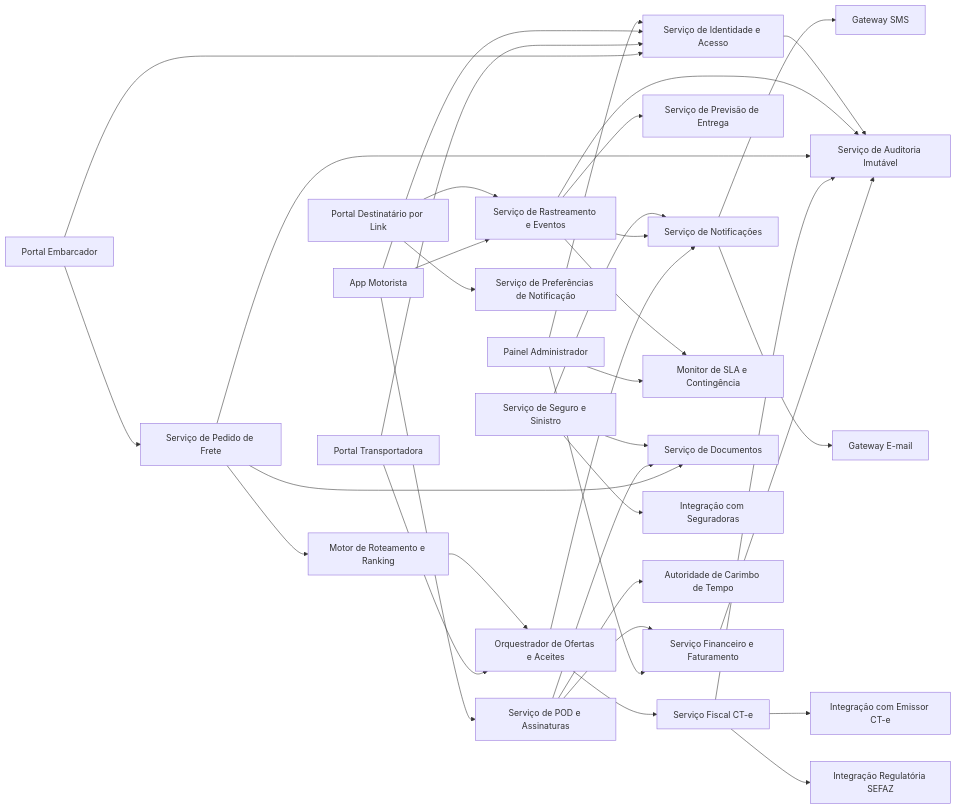
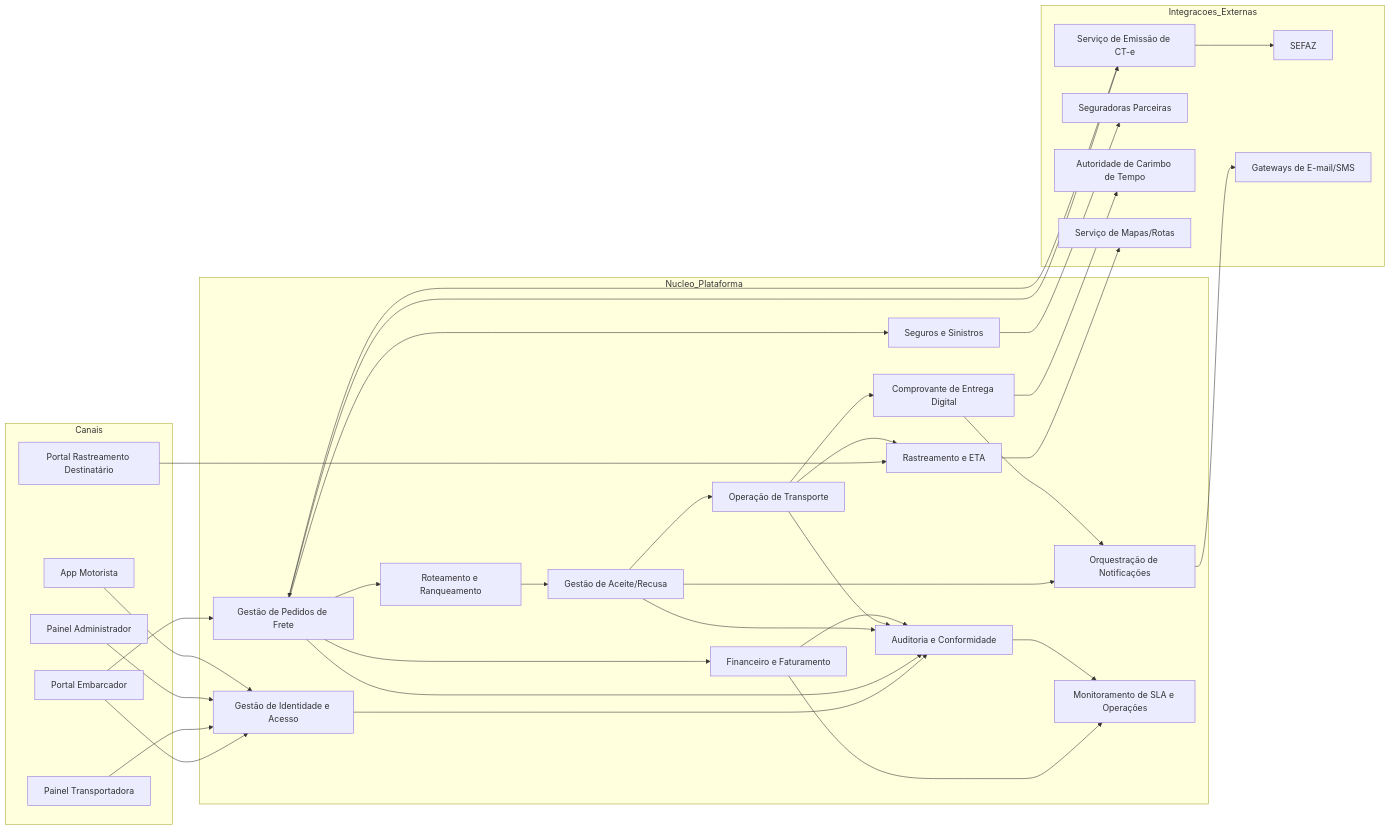
One commit to PDC-ESIA/AI4ES changed the first of 2 diagrams in docs/Time_2_Design/analise-qualitativa/outputs/relatorio_gpt_5_3_codex_G04.md. Above: the diagram before and after it, drawn with Mermaid. The commit also changed other lines of this file and 93 other files, not shown here.

````diff
--- a/docs/Time_2_Design/analise-qualitativa/outputs/relatorio_gpt_5_3_codex_G04.md
+++ b/docs/Time_2_Design/analise-qualitativa/outputs/relatorio_gpt_5_3_codex_G04.md
@@ -43,74 +28,67 @@
 ```mermaid
 flowchart LR
-    U1[Portal Embarcador]
-    U2[Portal Transportadora]
-    U3[App Motorista]
-    U4[Portal Destinatário por Link]
-    U5[Painel Administrador]
+    subgraph Canais
+        WEBE[Portal Embarcador]
+        WEBT[Painel Transportadora]
+        WEBA[Painel Administrador]
+        APPM[App Motorista]
+        LINKD[Portal Rastreamento Destinatário]
+    end
 
-    IAM[Serviço de Identidade e Acesso]
-    AUD[Serviço de Auditoria Imutável]
-    FRETE[Serviço de Pedido de Frete]
-    ROTEIRO[Motor de Roteamento e Ranking]
-    ACEITE[Orquestrador de Ofertas e Aceites]
-    FISCAL[Serviço Fiscal CT-e]
-    TRACK[Serviço de Rastreamento e Eventos]
-    ETA[Serviço de Previsão de Entrega]
-    POD[Serviço de POD e Assinaturas]
-    SEG[Serviço de Seguro e Sinistro]
-    FIN[Serviço Financeiro e Faturamento]
-    NOTIF[Serviço de Notificações]
-    SLA[Monitor de SLA e Contingência]
-    DOC[Serviço de Documentos]
-    PREF[Serviço de Preferências de Notificação]
+    subgraph Nucleo_Plataforma
+        IAM[Gestão de Identidade e Acesso]
+        PED[Gestão de Pedidos de Frete]
+        ROT[Roteamento e Ranqueamento]
+        ACE[Gestão de Aceite/Recusa]
+        OPR[Operação de Transporte]
+        RAS[Rastreamento e ETA]
+        POD[Comprovante de Entrega Digital]
+        FIN[Financeiro e Faturamento]
+        SEG[Seguros e Sinistros]
+        NOTI[Orquestração de Notificações]
+        AUD[Auditoria e Conformidade]
+        MON[Monitoramento de SLA e Operações]
+    end
 
-    EXTSEFAZ[Integração Regulatória SEFAZ]
-    EXTCTE[Integração com Emissor CT-e]
-    EXTSEG[Integração com Seguradoras]
-    EXTSMS[Gateway SMS]
-    EXTMAIL[Gateway E-mail]
-    EXTSTAMP[Autoridade de Carimbo de Tempo]
+    subgraph Integracoes_Externas
+        CTE[Serviço de Emissão de CT-e]
+        SEFAZ[SEFAZ]
+        INS[Seguradoras Parceiras]
+        CHMSG[Gateways de E-mail/SMS]
+        TSA[Autoridade de Carimbo de Tempo]
+        MAP[Serviço de Mapas/Rotas]
+    end
 
-    U1 --> IAM
-    U2 --> IAM
-    U3 --> IAM
-    U5 --> IAM
+    WEBE --> IAM
+    WEBT --> IAM
+    WEBA --> IAM
+    APPM --> IAM
+    LINKD --> RAS
 
-    U1 --> FRETE
-    U2 --> ACEITE
-    U3 --> TRACK
-    U3 --> POD
-    U4 --> TRACK
-    U4 --> PREF
-    U5 --> SLA
-    U5 --> FIN
+    WEBE --> PED
+    PED --> ROT
+    ROT --> ACE
+    ACE --> NOTI
+    ACE --> OPR
+    OPR --> RAS
+    OPR --> POD
+    POD --> NOTI
+    PED --> SEG
+    PED --> FIN
+    FIN --> MON
+    AUD --> MON
 
-    FRETE --> DOC
-    FRETE --> ROTEIRO
-    ROTEIRO --> ACEITE
-    ACEITE --> NOTIF
-    ACEITE --> FISCAL
-    FISCAL --> EXTCTE
-    FISCAL --> EXTSEFAZ
+    PED --> CTE
+    CTE --> SEFAZ
+    CTE --> PED
+    SEG --> INS
+    NOTI --> CHMSG
+    POD --> TSA
+    RAS --> MAP
 
-    TRACK --> ETA
-    TRACK --> NOTIF
-    TRACK --> SLA
-
-    POD --> EXTSTAMP
-    POD --> DOC
-    POD --> FIN
-
-    SEG --> EXTSEG
-    SEG --> DOC
-    SEG --> NOTIF
-
+    IAM --> AUD
+    PED --> AUD
+    ACE --> AUD
+    OPR --> AUD
     FIN --> AUD
-    FISCAL --> AUD
-    FRETE --> AUD
-    TRACK --> AUD
-    IAM --> AUD
-
-    NOTIF --> EXTSMS
-    NOTIF --> EXTMAIL
 ```
````
